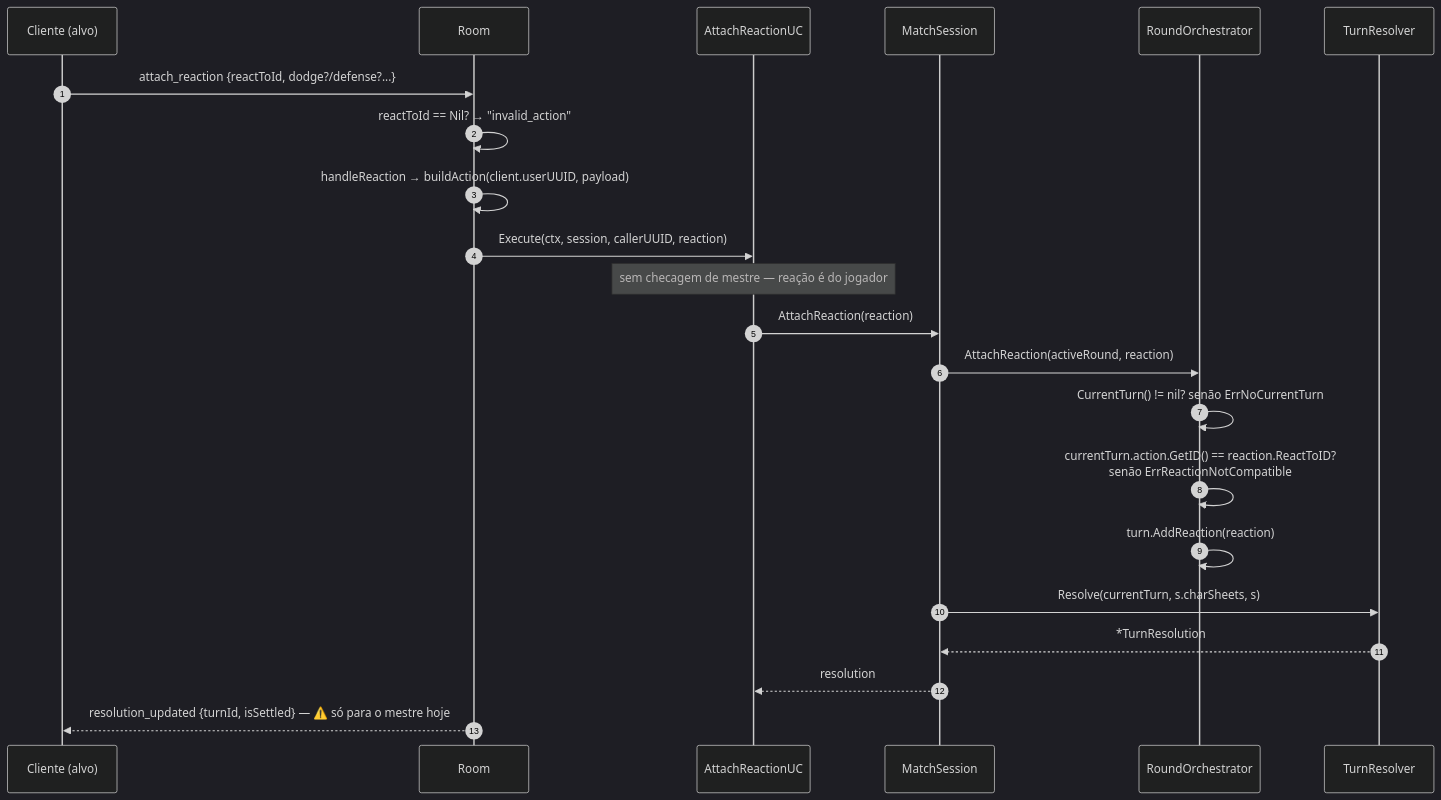
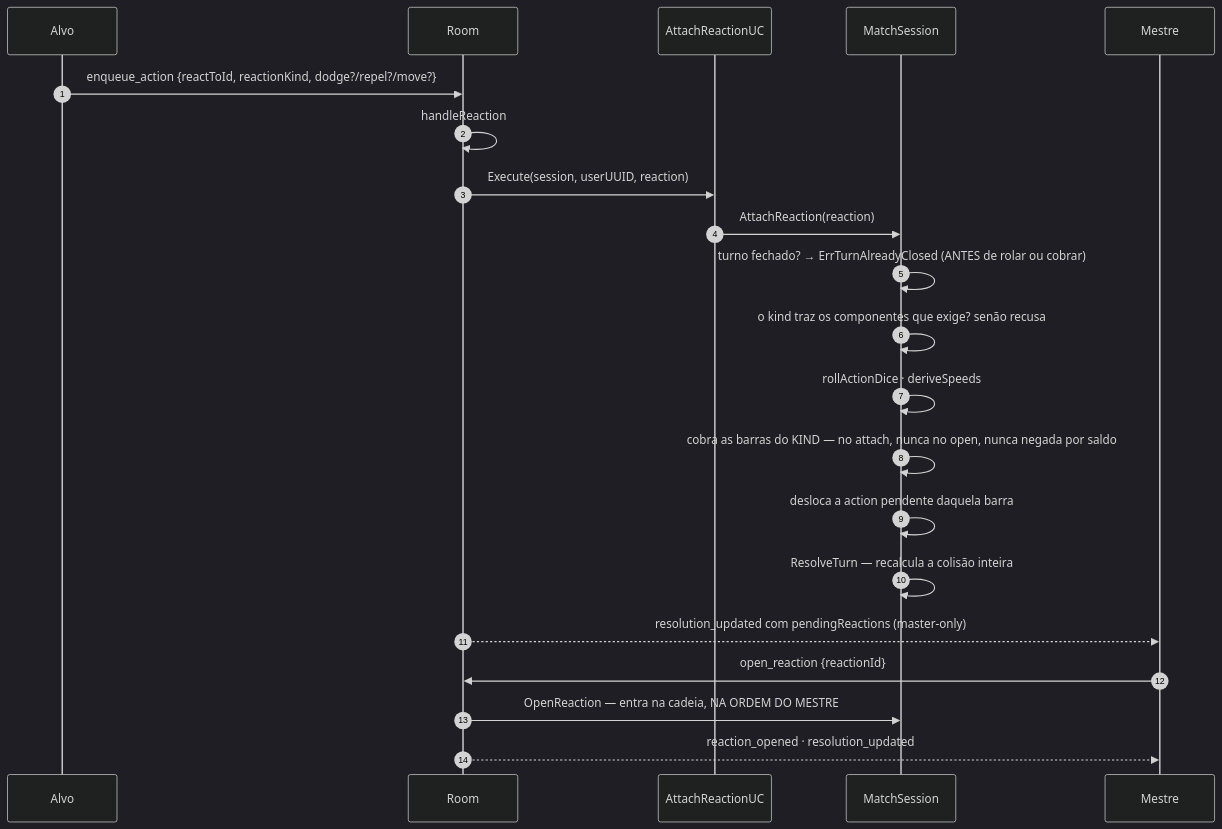
The fourth of 7 diagrams in docs/dev/match/flows/03-fluxo-de-acao.md (422UR4H/HxH_RPG_System), drawn with Mermaid (dark theme) before and after one commit. The commit also changed other lines of this file and 4 other files, not shown here.

````diff
--- a/docs/dev/match/flows/03-fluxo-de-acao.md
+++ b/docs/dev/match/flows/03-fluxo-de-acao.md
@@ -118,25 +158,24 @@
 ```mermaid
 sequenceDiagram
     autonumber
-    participant P as Cliente (alvo)
+    participant A as Alvo
     participant R as Room
     participant UC as AttachReactionUC
     participant S as MatchSession
-    participant RO as RoundOrchestrator
-    participant TR as TurnResolver
+    participant M as Mestre
 
-    P->>R: attach_reaction {reactToId, dodge?/defense?...}
-    R->>R: reactToId == Nil? → "invalid_action"
-    R->>R: handleReaction → buildAction(client.userUUID, payload)
-    R->>UC: Execute(ctx, session, callerUUID, reaction)
-    Note over UC: sem checagem de mestre — reação é do jogador
+    A->>R: enqueue_action {reactToId, reactionKind, dodge?/repel?/move?}
+    R->>R: handleReaction
+    R->>UC: Execute(session, userUUID, reaction)
     UC->>S: AttachReaction(reaction)
-    S->>RO: AttachReaction(activeRound, reaction)
-    RO->>RO: CurrentTurn() != nil? senão ErrNoCurrentTurn
-    RO->>RO: currentTurn.action.GetID() == reaction.ReactToID?<br/>senão ErrReactionNotCompatible
-    RO->>RO: turn.AddReaction(reaction)
-    S->>TR: Resolve(currentTurn, s.charSheets, s)
-    TR-->>S: *TurnResolution
-    S-->>UC: resolution
-    R-->>P: resolution_updated {turnId, isSettled} — ⚠️ só para o mestre hoje
+    S->>S: turno fechado? → ErrTurnAlreadyClosed (ANTES de rolar ou cobrar)
+    S->>S: o kind traz os componentes que exige? senão recusa
+    S->>S: rollActionDice · deriveSpeeds
+    S->>S: cobra as barras do KIND — no attach, nunca no open, nunca negada por saldo
+    S->>S: desloca a action pendente daquela barra
+    S->>S: ResolveTurn — recalcula a colisão inteira
+    R-->>M: resolution_updated com pendingReactions (master-only)
+    M->>R: open_reaction {reactionId}
+    R->>S: OpenReaction — entra na cadeia, NA ORDEM DO MESTRE
+    R-->>M: reaction_opened · resolution_updated
 ```
````
